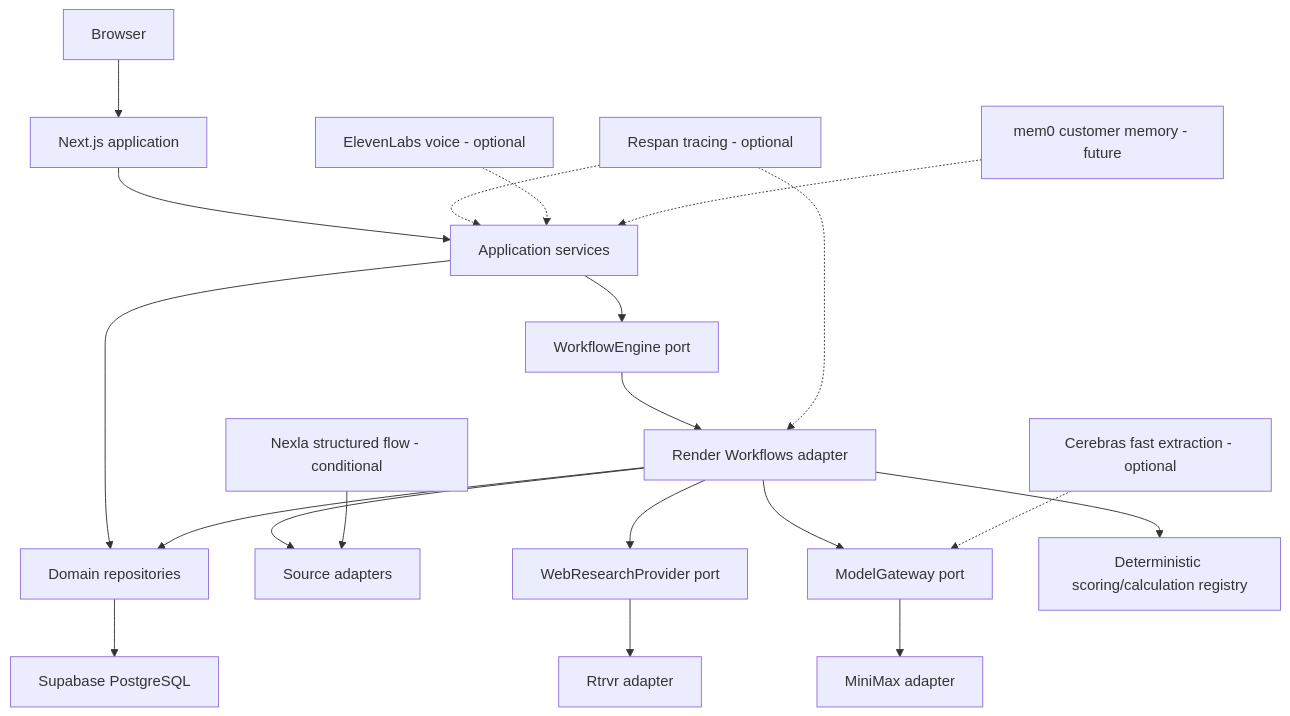
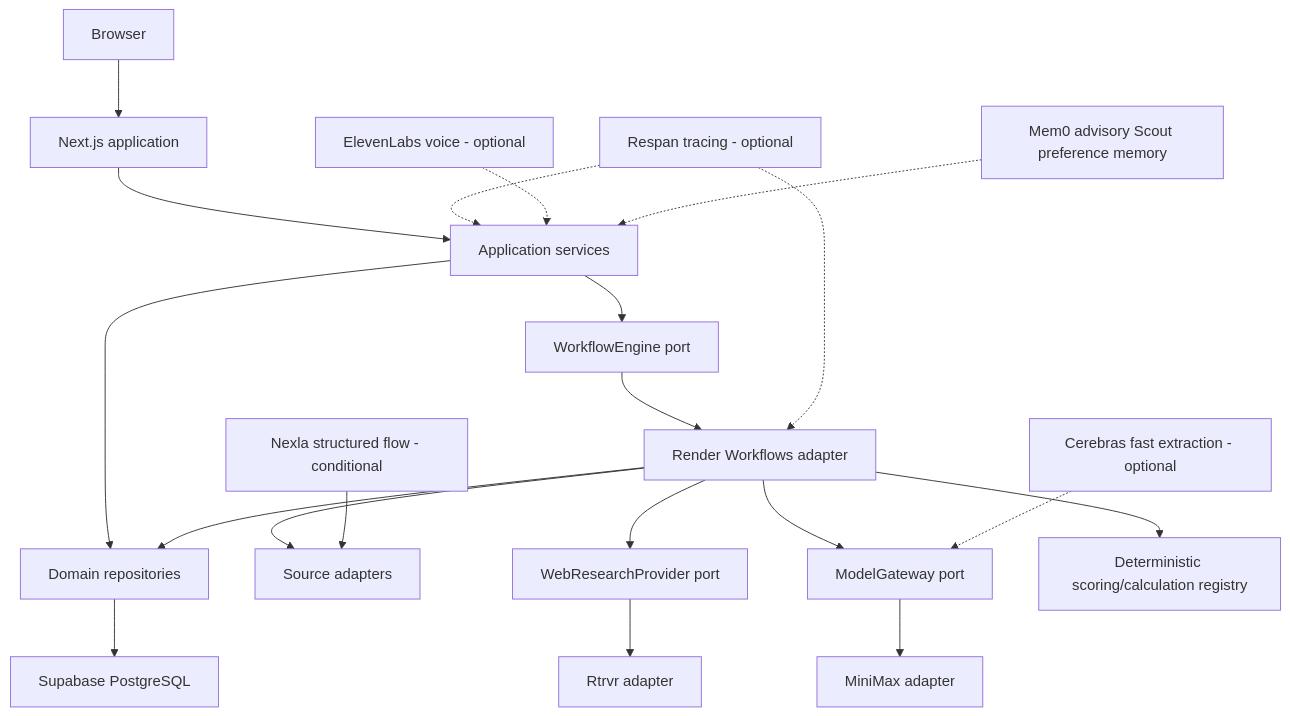
One commit to samshanmukh/SiteVelocity changed the second of 6 diagrams in docs/SYSTEM_DESIGN.md. Above: the diagram before and after it, drawn with Mermaid. The commit also changed other lines of this file and 144 other files, not shown here.

````diff
--- a/docs/SYSTEM_DESIGN.md
+++ b/docs/SYSTEM_DESIGN.md
@@ -64,22 +64,22 @@
 ```mermaid
 flowchart TB
     Browser["Browser"] --> Next["Next.js application"]
     Next --> AppSvc["Application services"]
     AppSvc --> Repos["Domain repositories"]
     Repos --> PG["Supabase PostgreSQL"]
     AppSvc --> WorkflowPort["WorkflowEngine port"]
     WorkflowPort --> Render["Render Workflows adapter"]
     Render --> Sources["Source adapters"]
     Render --> ResearchPort["WebResearchProvider port"]
     ResearchPort --> Rtrvr["Rtrvr adapter"]
     Render --> ModelPort["ModelGateway port"]
     ModelPort --> MiniMax["MiniMax adapter"]
     Render --> Calc["Deterministic scoring/calculation registry"]
     Render --> Repos
     Nexla["Nexla structured flow - conditional"] --> Sources
     Respan["Respan tracing - optional"] -.-> AppSvc
     Respan -.-> Render
     Cerebras["Cerebras fast extraction - optional"] -.-> ModelPort
     Eleven["ElevenLabs voice - optional"] -.-> AppSvc
-    Mem0["mem0 customer memory - future"] -.-> AppSvc
+    Mem0["Mem0 advisory Scout preference memory"] -.-> AppSvc
 ```
````
